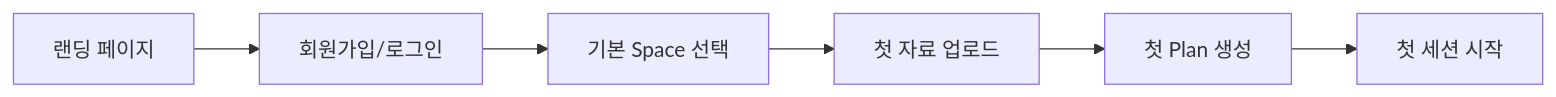
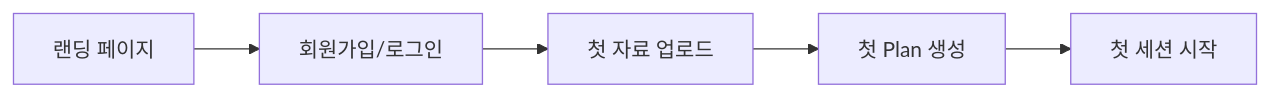
One commit to qaws7791/turbo-hono-next changed the third of 3 diagrams in docs/03-product/user-flow.md. Above: the diagram before and after it, drawn with Mermaid. The commit also changed other lines of this file and 36 other files, not shown here.

````diff
--- a/docs/03-product/user-flow.md
+++ b/docs/03-product/user-flow.md
@@ -83,8 +80,7 @@
 ```mermaid
 flowchart LR
     A[랜딩 페이지] --> B[회원가입/로그인]
-    B --> C[기본 Space 선택]
-    C --> D[첫 자료 업로드]
-    D --> E[첫 Plan 생성]
-    E --> F[첫 세션 시작]
+    B --> C[첫 자료 업로드]
+    C --> D[첫 Plan 생성]
+    D --> E[첫 세션 시작]
 ```
````
